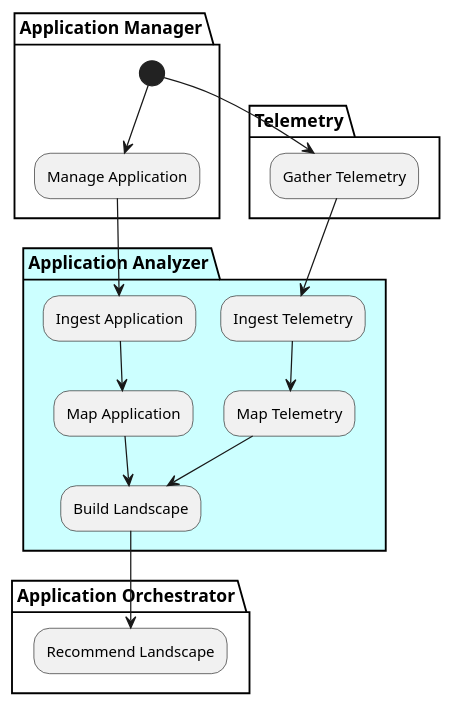
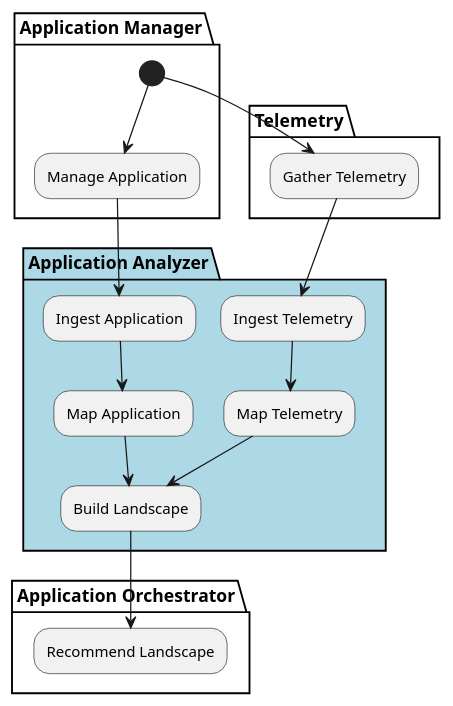
The diagram in docs/Solution/Application-Analyzer/Process.puml (CAADE/C3), drawn with PlantUML before and after one commit. The commit also changed 397 other files, not shown here.

```diff
--- a/docs/Solution/Application-Analyzer/Process.puml
+++ b/docs/Solution/Application-Analyzer/Process.puml
@@ -1,23 +1,23 @@
 @startuml
 
 partition "Application Manager" {
   (*) --> "Manage Application"
 }
 
 partition "Telemetry" {
   (*) --> "Gather Telemetry"
 }
-partition "Application Analyzer"  #ccffff {
+partition "Application Analyzer"  #lightblue {
   "Manage Application" --> "Ingest Application"
   "Gather Telemetry" --> "Ingest Telemetry"
   "Ingest Telemetry" --> "Map Telemetry"
   "Ingest Application" --> "Map Application"
   "Map Telemetry" --> "Build Landscape"
   "Map Application" --> "Build Landscape"
 }
 
 partition "Application Orchestrator" {
   "Build Landscape" --> "Recommend Landscape"
 }
 
 @enduml
```
